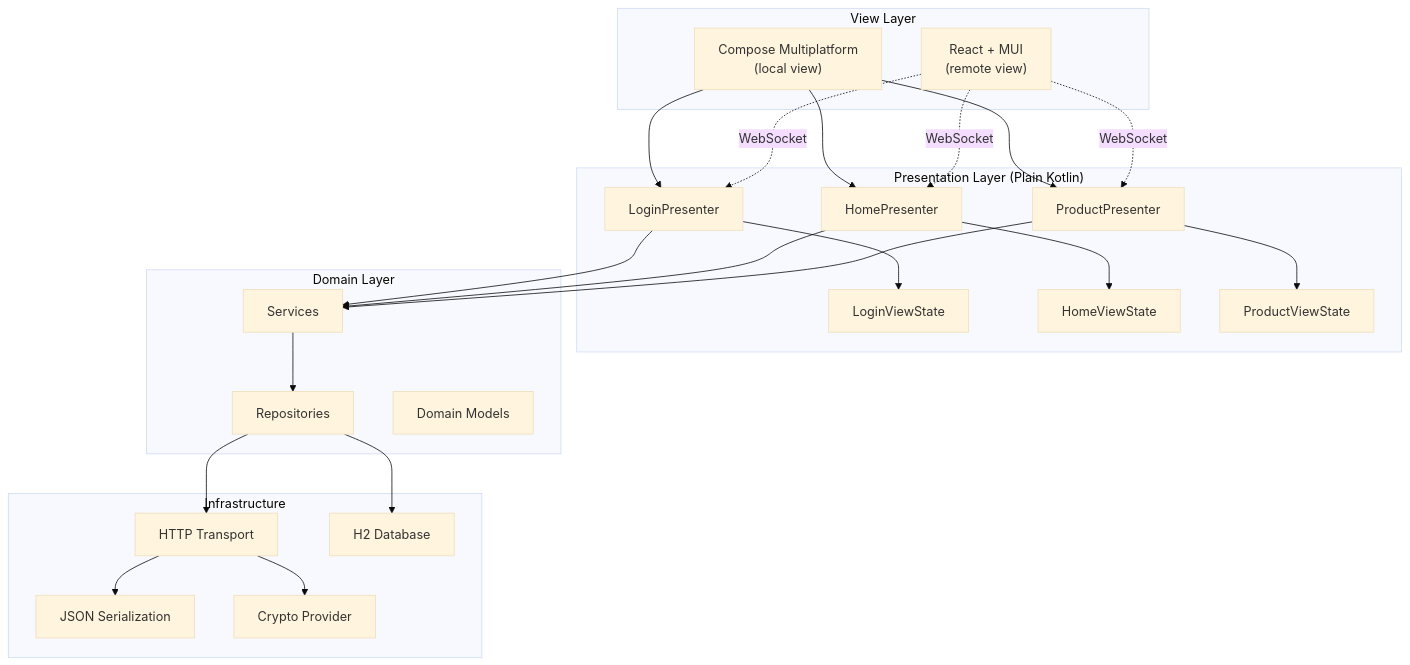
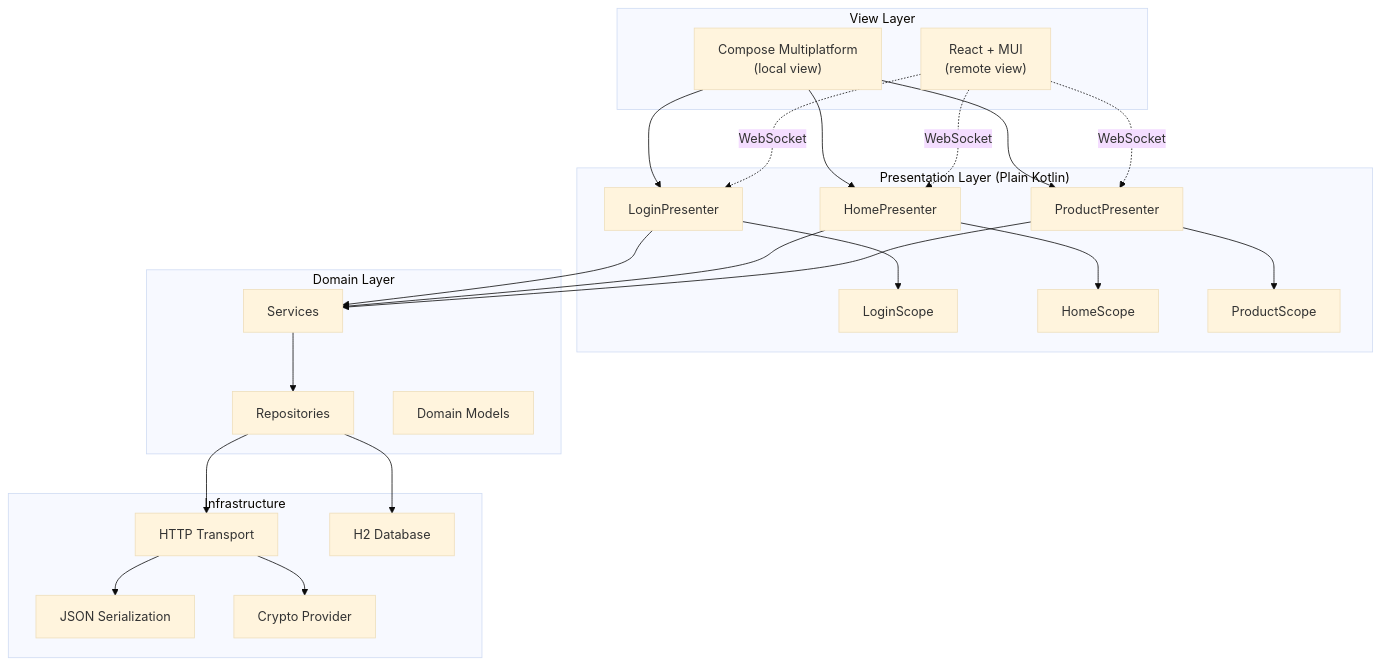
One commit to mrcdom/wdc-cube-kotlin changed the first of 10 diagrams in docs/architecture.md. Above: the diagram before and after it, drawn with Mermaid (base theme). The commit also changed other lines of this file and 117 other files, not shown here.

First line of the commit message:
refactor(cube): ViewState becomes Scope, in code, protocol and docs

````diff
--- a/docs/architecture.md
+++ b/docs/architecture.md
@@ -53,47 +53,47 @@
 ```mermaid
 graph TB
     subgraph "View Layer"
         CV["Compose Multiplatform<br/>(local view)"]
         RV["React + MUI<br/>(remote view)"]
     end
 
     subgraph "Presentation Layer (Plain Kotlin)"
         LP[LoginPresenter]
         HP[HomePresenter]
         PP[ProductPresenter]
-        LS[LoginViewState]
-        HS[HomeViewState]
-        PS[ProductViewState]
+        LS[LoginScope]
+        HS[HomeScope]
+        PS[ProductScope]
     end
 
     subgraph "Domain Layer"
         SVC[Services]
         REPO[Repositories]
         MODEL[Domain Models]
     end
 
     subgraph "Infrastructure"
         HTTP[HTTP Transport]
         JSON[JSON Serialization]
         CRYPTO[Crypto Provider]
         DB[H2 Database]
     end
 
     CV --> LP
     CV --> HP
     CV --> PP
     RV -.->|WebSocket| LP
     RV -.->|WebSocket| HP
     RV -.->|WebSocket| PP
     LP --> LS
     HP --> HS
     PP --> PS
     LP --> SVC
     HP --> SVC
     PP --> SVC
     SVC --> REPO
     REPO --> HTTP
     HTTP --> JSON
     HTTP --> CRYPTO
     REPO --> DB
 ```
````
